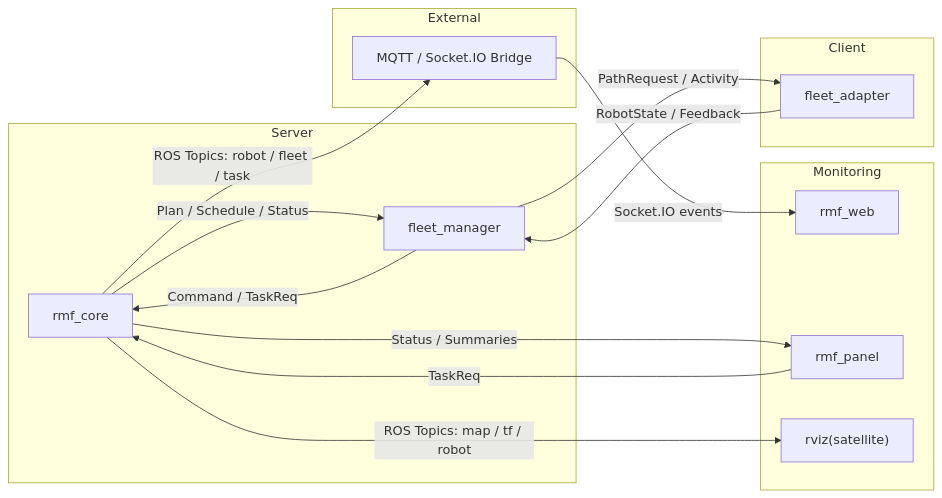
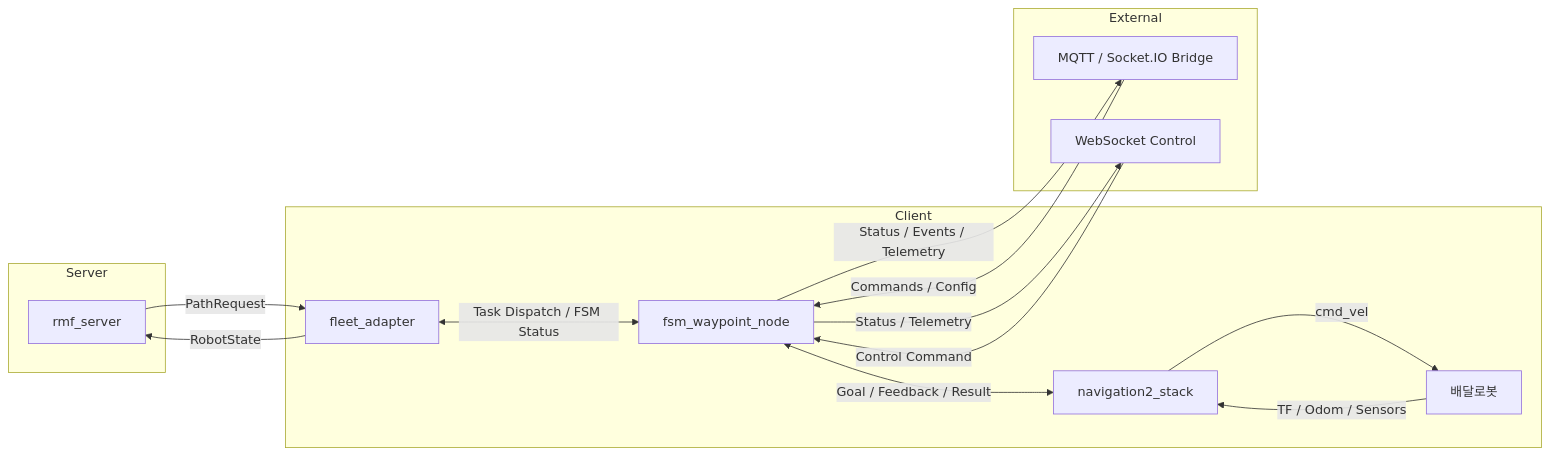
Before and after one commit to DeveloperKSH/Open-RMF_DeliveryRobot: the diagram in README.md, drawn with Mermaid.

Commit message:
md file update

````diff
--- a/README.md
+++ b/README.md
@@ -53,42 +53,42 @@
 ```mermaid
 flowchart LR
-  %% ----- Server Core -----
-  subgraph Core["Server"]
-    rmfcore["rmf_core"]
-    fm["fleet_manager"]
+  %% ==== Subgraphs ====
+  subgraph S[Server]
+    rmf_server[rmf_server]
   end
 
-  %% ----- External (robot viewpoint) -----
-  subgraph Ext["External"]
-    bridge["MQTT / Socket.IO Bridge"]
+  subgraph C[Client]
+    fleet_adapter[fleet_adapter]
+    fsm[fsm_waypoint_node]
+    nav2[navigation2_stack]
+    robot[배달로봇]
   end
 
-  %% ----- Monitoring -----
-  subgraph Mon["Monitoring"]
-    dash["rmf_web"]
-    panel["rmf_panel"]
-    rviz["rviz(satellite)"]
+  subgraph E[External]
+    bridge[MQTT / Socket.IO Bridge]
+    ws[WebSocket Control]
   end
 
-  %% ----- Robot Clients -----
-  subgraph Clients["Client"]
-    adapter["fleet_adapter"]
-  end
+  %% ==== Server <-> Client (Adapter) ====
+  rmf_server -->|PathRequest| fleet_adapter
+  fleet_adapter -->|RobotState| rmf_server
 
-  %% Server internals (양방향: 서로 다른 라벨로 분리)
-  fm -->|Command / TaskReq| rmfcore
-  rmfcore -->|Plan / Schedule / Status| fm
+  %% ==== Adapter <-> FSM ====
+  fleet_adapter <-->|Task Dispatch / FSM Status| fsm
 
-  %% Core ↔ External (주로 코어 -> 브리지)
-  rmfcore -->|ROS Topics: robot / fleet / task| bridge
+  %% ==== FSM <-> Nav2 (ROS 2 Action) ====
+  fsm <-->|Goal / Feedback / Result| nav2
 
-  %% Monitoring
-  bridge -->|Socket.IO events| dash          
-  panel -->|TaskReq| rmfcore                 
-  rmfcore -->|Status / Summaries| panel      
-  rmfcore -->|ROS Topics: map / tf / robot| rviz   
+  %% ==== Nav2 <-> Robot (저수준 제어/센서) ====
+  nav2 -->|cmd_vel| robot
+  robot -->|TF / Odom / Sensors| nav2
 
-  %% Server ↔ Robot
-  fm -->|PathRequest / Activity| adapter
-  adapter -->|RobotState / Feedback| fm
+  %% ==== FSM <-> External ====
+  %% WebSocket
+  ws -->|Control Command| fsm
+  fsm -->|Status / Telemetry| ws
+
+  %% MQTT / Socket.IO Bridge
+  bridge -->|Commands / Config| fsm
+  fsm -->|Status / Events / Telemetry| bridge
 ```
````
